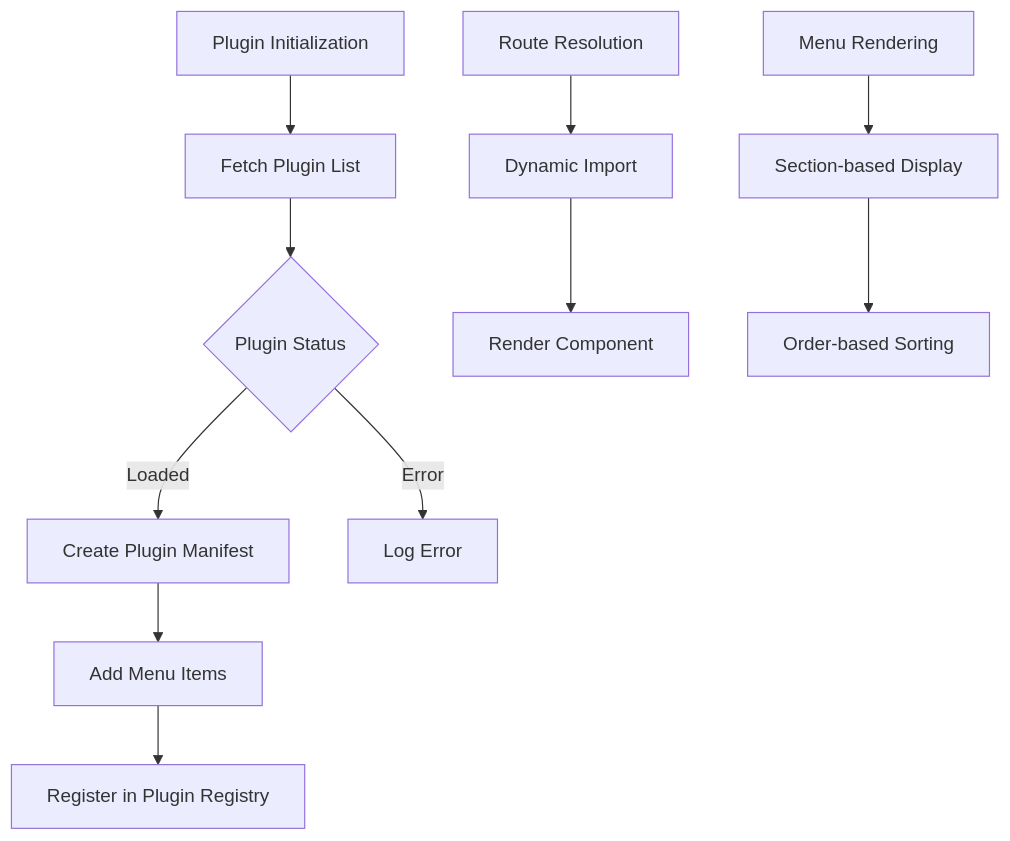
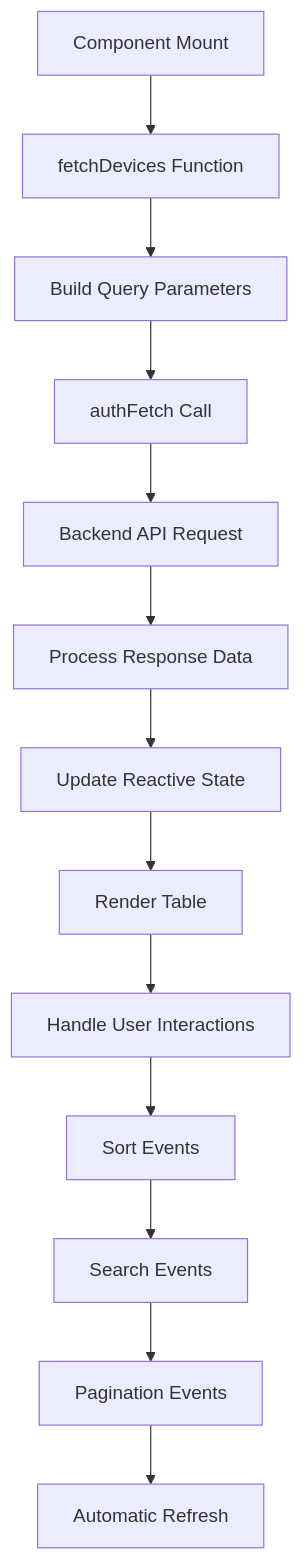
Before and after one commit to Nikita5543/New-SSO-02: the fourth of 6 diagrams in .qoder/repowiki/en/content/Built-in Plugins/Inventory Plugin.md, drawn with Mermaid. The commit also changed other lines of this file and 1 other file, not shown here.

````diff
--- a/.qoder/repowiki/en/content/Built-in Plugins/Inventory Plugin.md
+++ b/.qoder/repowiki/en/content/Built-in Plugins/Inventory Plugin.md
@@ -239,13 +198,15 @@
 ```mermaid
 flowchart TD
-A[Plugin Initialization] --> B[Fetch Plugin List]
-B --> C{Plugin Status}
-C --> |Loaded| D[Create Plugin Manifest]
-D --> E[Add Menu Items]
-E --> F[Register in Plugin Registry]
-C --> |Error| G[Log Error]
-H[Route Resolution] --> I[Dynamic Import]
-I --> J[Render Component]
-K[Menu Rendering] --> L[Section-based Display]
-L --> M[Order-based Sorting]
+A[Component Mount] --> B[fetchDevices Function]
+B --> C[Build Query Parameters]
+C --> D[authFetch Call]
+D --> E[Backend API Request]
+E --> F[Process Response Data]
+F --> G[Update Reactive State]
+G --> H[Render Table]
+H --> I[Handle User Interactions]
+I --> J[Sort Events]
+J --> K[Search Events]
+K --> L[Pagination Events]
+L --> M[Automatic Refresh]
 ```
````
